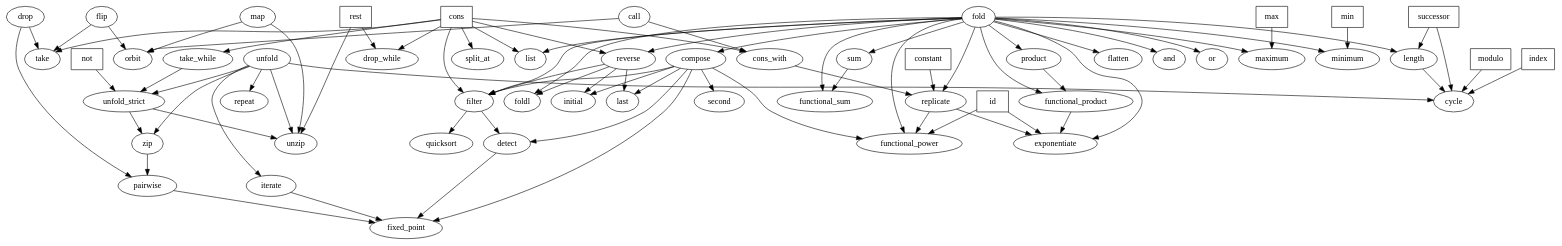
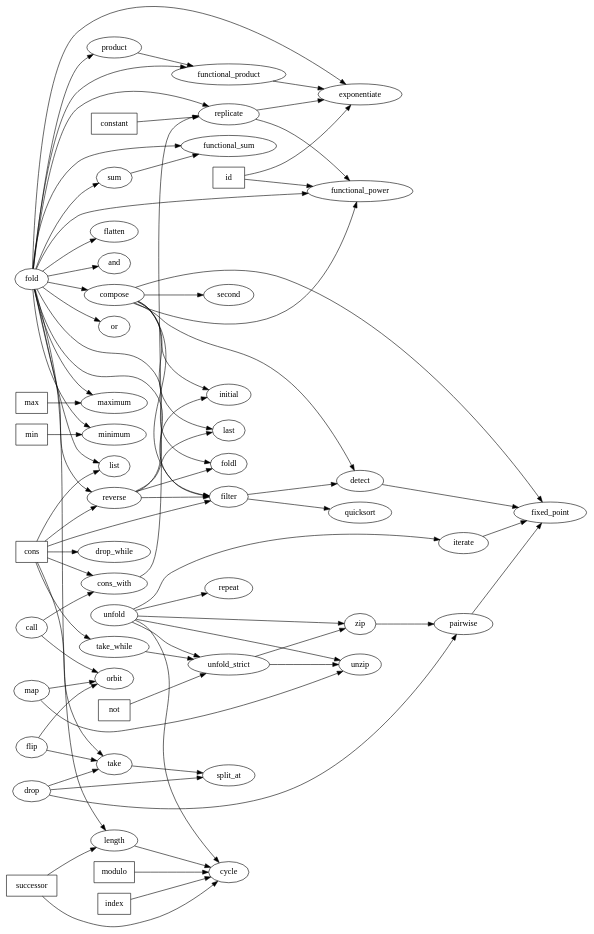
Before and after one commit to jweissman/functionalism: the diagram in schema.dot, drawn with Graphviz. The commit also changed 9 other files, not shown here.

```diff
--- a/schema.dot
+++ b/schema.dot
@@ -1,122 +1,122 @@
 digraph Schema {
+  rankdir=LR;
+
   id [shape=box];
-  rest [shape=box];
   successor [shape=box];
   cons [shape=box];
   max [shape=box];
   min [shape=box];
   modulo [shape=box];
   index [shape=box];
   not [shape=box];
   constant [shape=box];
 
   reverse -> foldl;
   fold -> foldl;
 
   unfold -> iterate;
   take_while -> unfold_strict;
   not -> unfold_strict;
   unfold -> unfold_strict;
 
   fold -> flatten;
 
   cons -> filter;
   reverse -> filter;
   fold -> filter;
   compose -> filter;
 
   fold -> compose;
 
   fold -> length;
   successor -> length;
 
   compose -> second;
 
   cons -> cons_with;
   call -> cons_with;
 
   fold -> reverse;
   cons -> reverse;
 
   compose -> initial;
   reverse -> initial;
 
   reverse -> last;
   compose -> last;
 
   fold -> list;
   cons -> list;
 
   unfold -> zip;
   unfold_strict -> zip;
 
   map -> unzip;
-  rest -> unzip;
   unfold -> unzip;
   unfold_strict -> unzip;
 
   fold -> maximum;
   max -> maximum;
 
   fold -> minimum;
   min -> minimum;
 
   fold -> replicate;
   cons_with -> replicate;
   constant -> replicate;
 
   flip -> take;
   cons -> take;
   drop -> take;
 
   cons -> take_while;
-  rest -> drop_while;
   cons -> drop_while;
 
   modulo -> cycle;
   successor -> cycle;
   index -> cycle;
   length -> cycle;
   unfold -> cycle;
 
   unfold -> repeat;
   fold -> and;
   fold -> or;
   fold -> sum;
   fold -> product;
 
   sum -> functional_sum;
   fold -> functional_sum;
 
   product -> functional_product;
   fold -> functional_product;
 
   functional_product -> exponentiate;
   fold -> exponentiate;
   replicate -> exponentiate;
   id -> exponentiate;
 
   id -> functional_power;
   fold -> functional_power;
   compose -> functional_power;
   replicate -> functional_power;
 
   filter -> quicksort;
 
-  cons -> split_at;
+  take -> split_at;
+  drop -> split_at;
 
   zip -> pairwise;
   drop -> pairwise;
 
   map -> orbit;
   flip -> orbit;
   call -> orbit;
 
   compose -> detect;
   filter -> detect;
 
   compose -> fixed_point;
   iterate -> fixed_point;
   pairwise -> fixed_point;
   detect -> fixed_point;
 }
```
